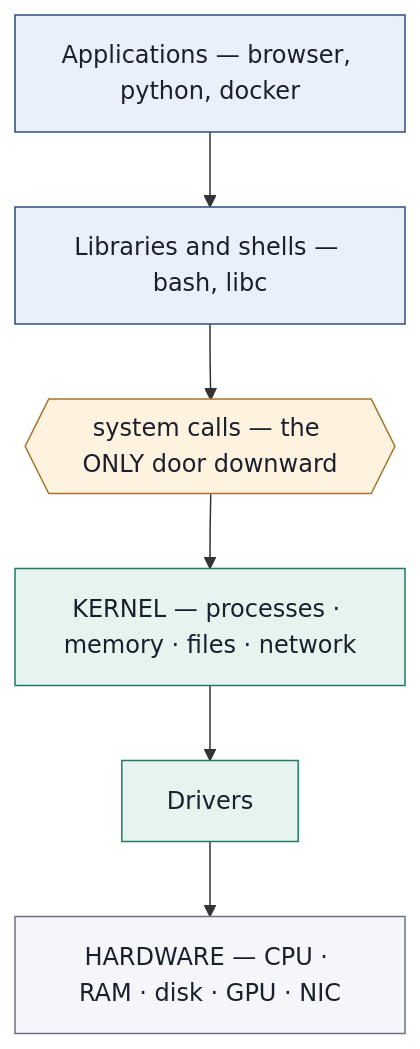
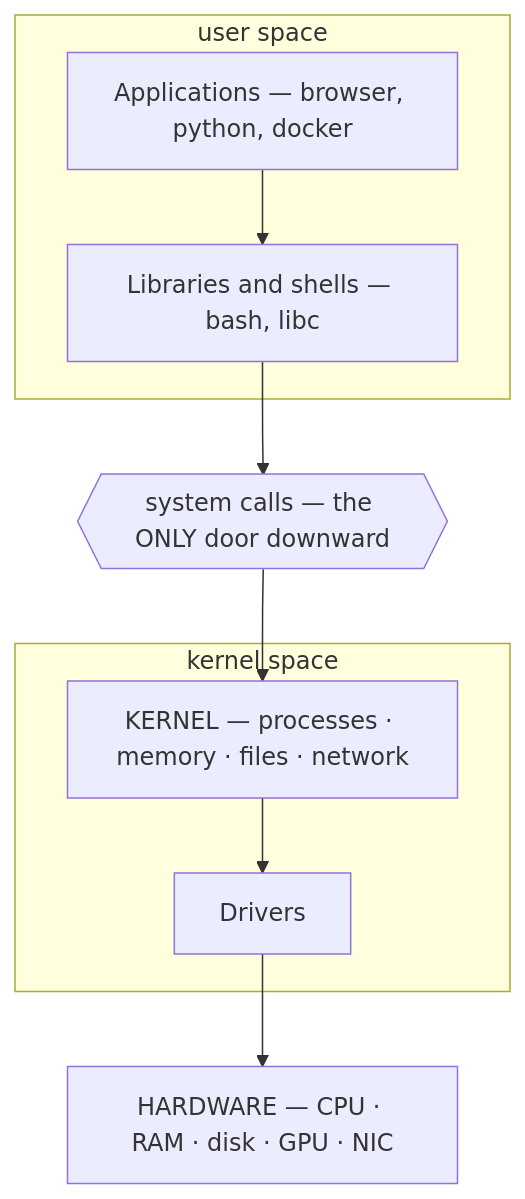
The first of 2 diagrams in site/docs/stage-01/module-01.md (randaguiac20/learning-os), drawn with Mermaid before and after one commit. The commit also changed other lines of this file and 2 other files, not shown here.

Commit message:
Lesson polish: readable mermaid (subgraphs/TB), M02 anatomy table, Run-locally + Codespaces buttons on M01/M02

````diff
--- a/site/docs/stage-01/module-01.md
+++ b/site/docs/stage-01/module-01.md
@@ -69,14 +69,14 @@
 ```mermaid
 flowchart TB
-    A["Applications — browser, python, docker"]:::user
-    L["Libraries and shells — bash, libc"]:::user
-    S{{"system calls — the ONLY door downward"}}:::door
-    K["KERNEL — processes · memory · files · network"]:::kern
-    D["Drivers"]:::kern
-    H["HARDWARE — CPU · RAM · disk · GPU · NIC"]:::metal
+    subgraph U["user space"]
+        A["Applications — browser, python, docker"]
+        L["Libraries and shells — bash, libc"]
+    end
+    S{{"system calls — the ONLY door downward"}}
+    subgraph KS["kernel space"]
+        K["KERNEL — processes · memory · files · network"]
+        D["Drivers"]
+    end
+    H["HARDWARE — CPU · RAM · disk · GPU · NIC"]
     A --> L --> S --> K --> D --> H
-    classDef user fill:#eaf0f9,stroke:#2b4c7e,color:#1a1f2e;
-    classDef door fill:#fff3e0,stroke:#a9722c,color:#1a1f2e;
-    classDef kern fill:#e6f3ef,stroke:#1f7a68,color:#1a1f2e;
-    classDef metal fill:#f4f6f9,stroke:#6b7280,color:#1a1f2e;
 ```
````
